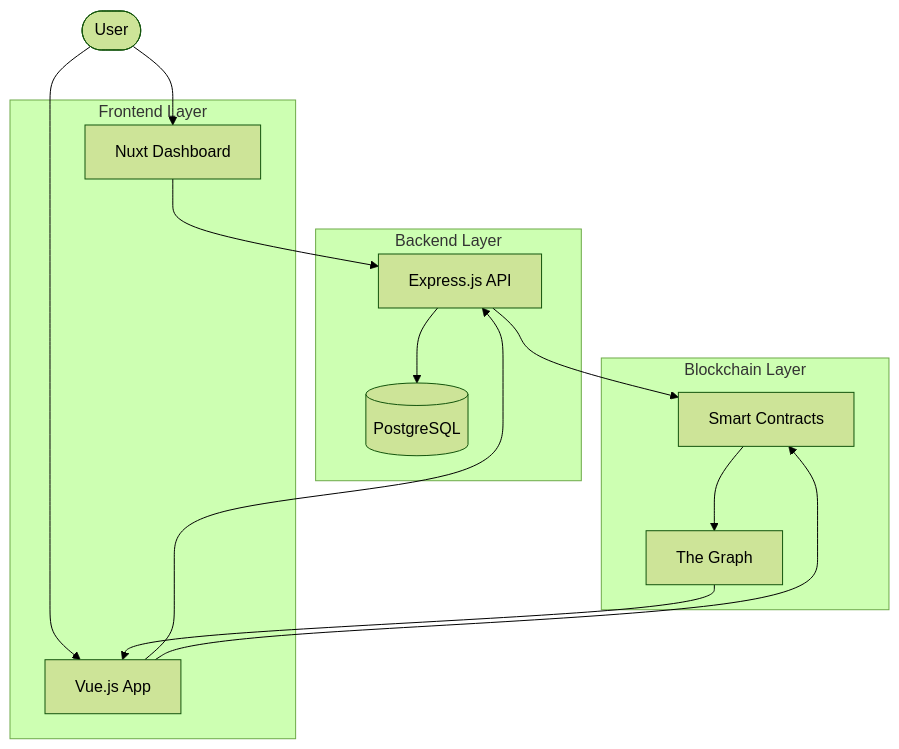
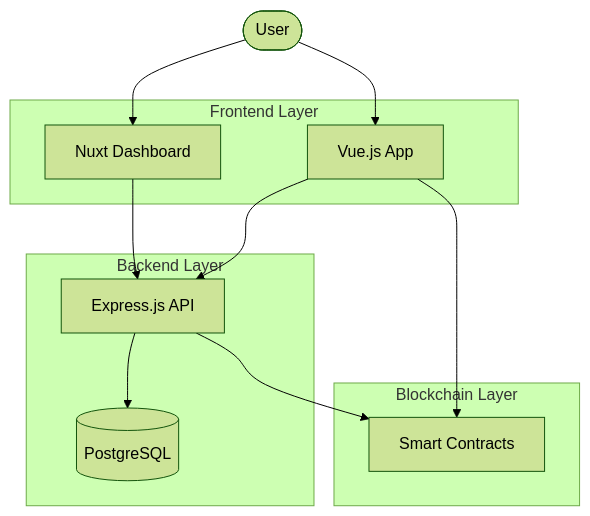
Before and after one commit to globe-and-citizen/cnc-portal: the diagram in docs/tasks/08-add-architecture-diagrams.md, drawn with Mermaid (forest theme). The commit also changed other lines of this file and 16 other files, not shown here.

Commit message:
docs: 📝 align guidance with the RPC event-feed architecture

````diff
--- a/docs/tasks/08-add-architecture-diagrams.md
+++ b/docs/tasks/08-add-architecture-diagrams.md
@@ -84,27 +83,24 @@
 ```mermaid
 graph TB
     subgraph "Frontend Layer"
         Dashboard[Nuxt Dashboard]
         App[Vue.js App]
     end
 
     subgraph "Backend Layer"
         API[Express.js API]
         DB[(PostgreSQL)]
     end
 
     subgraph "Blockchain Layer"
         Contracts[Smart Contracts]
-        Subgraph[The Graph]
     end
 
     User([User]) --> Dashboard
     User --> App
     Dashboard --> API
     App --> API
     API --> DB
     App --> Contracts
-    Contracts --> Subgraph
-    Subgraph --> App
     API --> Contracts
 ```
````
